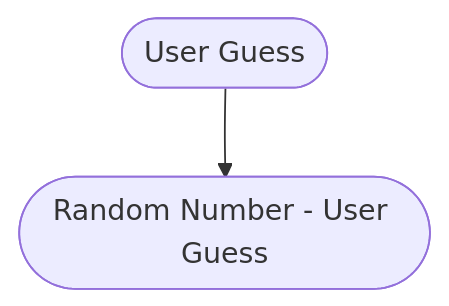
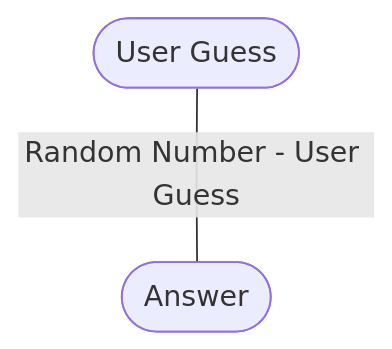
The diagram in Guessing.MD (Kayork/Kayork.github.io), drawn with Mermaid before and after one commit.

Commit message:
Update Guessing.MD
adjustments

````diff
--- a/Guessing.MD
+++ b/Guessing.MD
@@ -6,4 +6,4 @@
 ```mermaid
 flowchart TD
-Start([User Guess]) --> End([Random Number - User Guess])
+Start([User Guess]) ---|Random Number - User Guess| End([Answer])
 ```
````
